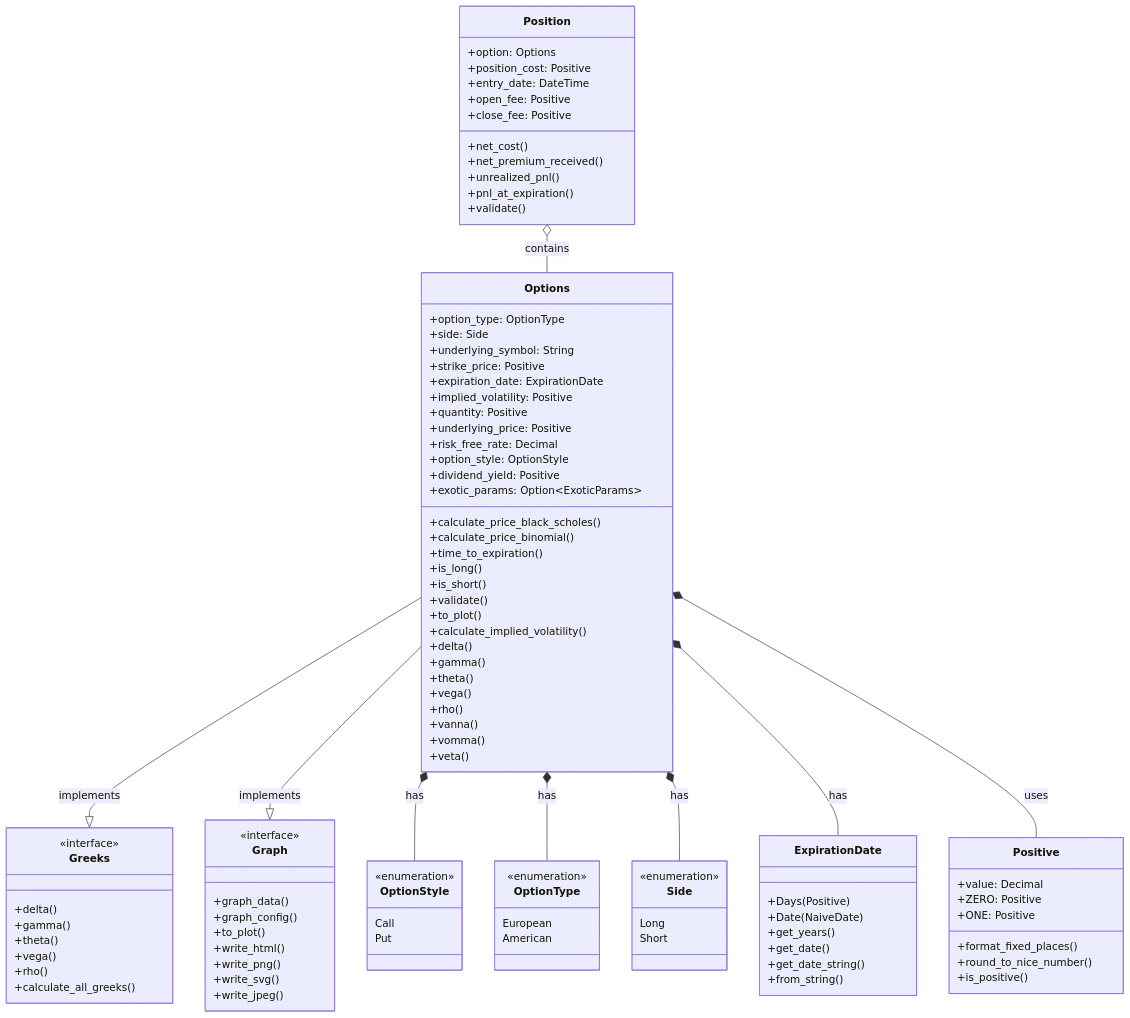
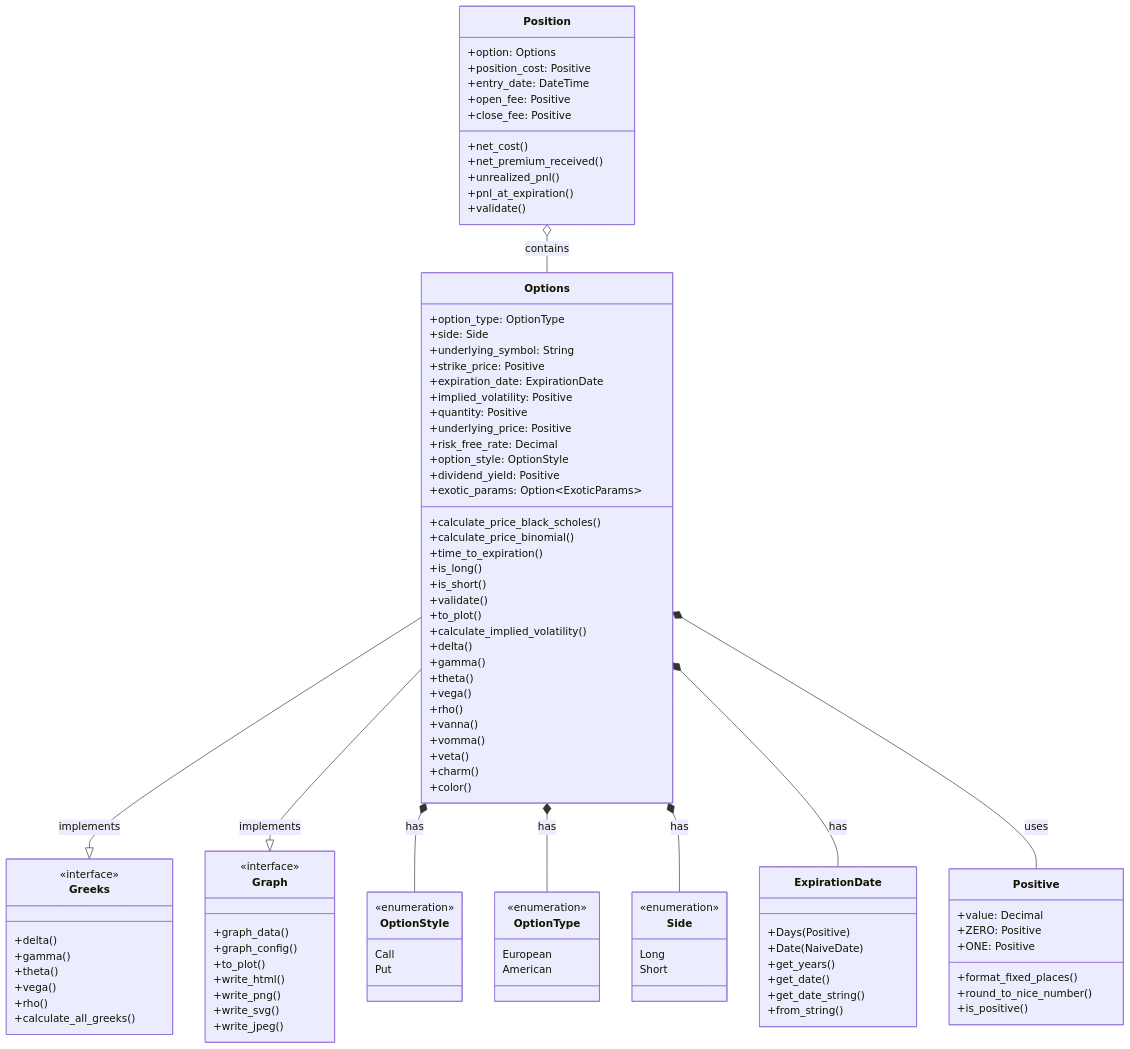
The diagram in README.md (joaquinbejar/OptionStratLib), drawn with Mermaid before and after one commit. The commit also changed other lines of this file and 48 other files, not shown here.

```diff
--- a/README.md
+++ b/README.md
@@ -249,6 +250,8 @@
 +vanna()
 +vomma()
 +veta()
++charm()
++color()
 }
 
 class Position {
```
